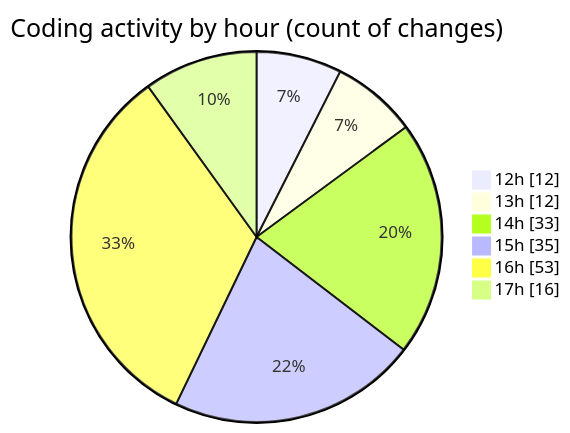
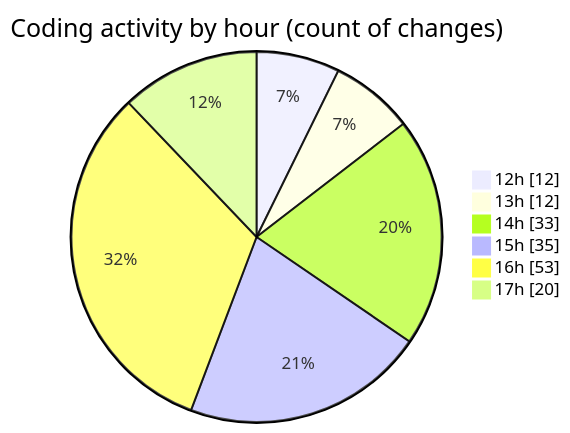
One commit to momahboobian/code-tracking changed the second of 2 diagrams in 2025-09-24/cda/README.md. Above: the diagram before and after it, drawn with Mermaid. The commit also changed other lines of this file and 1 other file, not shown here.

````diff
--- a/2025-09-24/cda/README.md
+++ b/2025-09-24/cda/README.md
@@ -43,10 +43,10 @@
 ```mermaid
 pie showData
 title Coding activity by hour (count of changes)
 "12h" : 12
 "13h" : 12
 "14h" : 33
 "15h" : 35
 "16h" : 53
-"17h" : 16
+"17h" : 20
 ```
````
